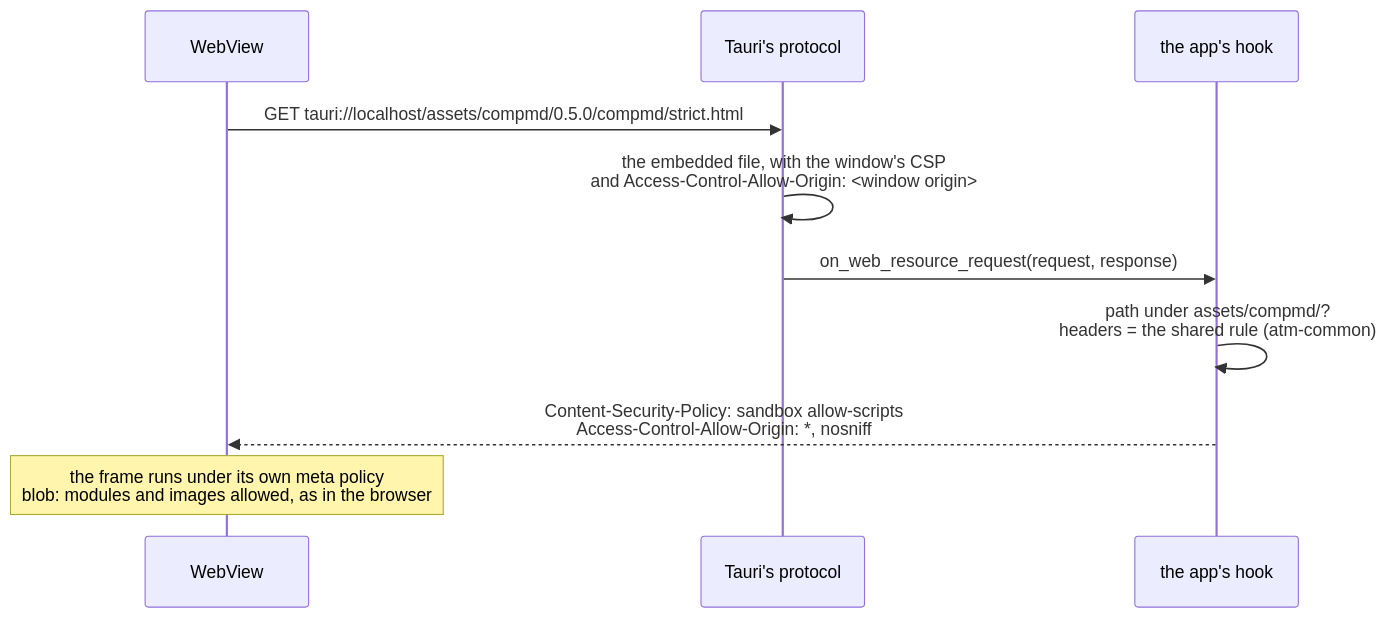
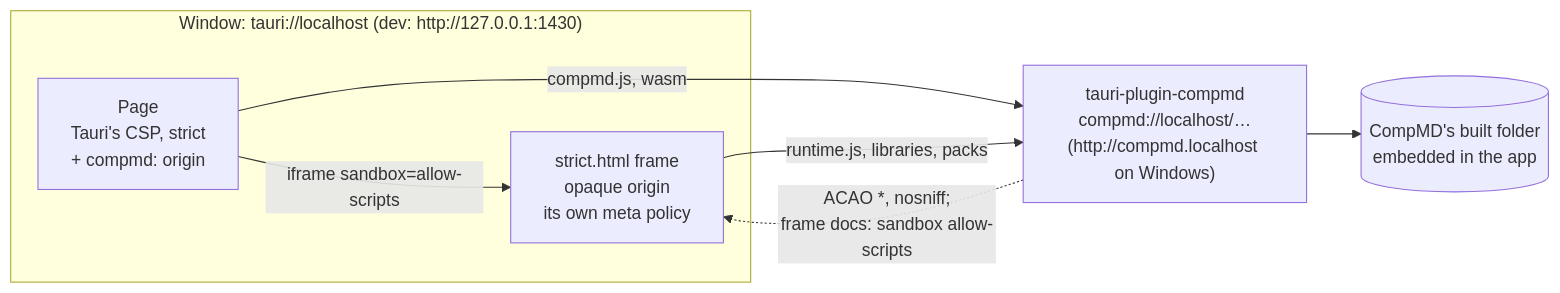
One commit to solo-swe/agentic-task-manager changed the third of 4 diagrams in docs/tauri-compmd-design.md. Above: the diagram before and after it, drawn with Mermaid. The commit also changed other lines of this file and 1 other file, not shown here.

Commit message:
docs(T-503): CompMD in a Tauri app: CompMD's own protocol from a plugin; add T-504, the app icon

````diff
--- a/docs/tauri-compmd-design.md
+++ b/docs/tauri-compmd-design.md
@@ -132,12 +170,14 @@
 ```mermaid
-sequenceDiagram
-    participant WebView
-    participant Tauri as Tauri's protocol
-    participant Hook as the app's hook
-    WebView->>Tauri: GET tauri://localhost/assets/compmd/0.5.0/compmd/strict.html
-    Tauri->>Tauri: the embedded file, with the window's CSP<br/>and Access-Control-Allow-Origin: <window origin>
-    Tauri->>Hook: on_web_resource_request(request, response)
-    Hook->>Hook: path under assets/compmd/?<br/>headers = the shared rule (atm-common)
-    Hook-->>WebView: Content-Security-Policy: sandbox allow-scripts<br/>Access-Control-Allow-Origin: *, nosniff
-    Note over WebView: the frame runs under its own meta policy<br/>blob: modules and images allowed, as in the browser
+flowchart LR
+    subgraph Window["Window: tauri://localhost (dev: http://127.0.0.1:1430)"]
+        Page["Page<br/>Tauri's CSP, strict<br/>+ compmd: origin"]
+        Frame["strict.html frame<br/>opaque origin<br/>its own meta policy"]
+        Page -- "iframe sandbox=allow-scripts" --> Frame
+    end
+    Plugin["tauri-plugin-compmd<br/>compmd://localhost/…<br/>(http://compmd.localhost on Windows)"]
+    Files[("CompMD's built folder<br/>embedded in the app")]
+    Page -- "compmd.js, wasm" --> Plugin
+    Frame -- "runtime.js, libraries, packs" --> Plugin
+    Plugin --> Files
+    Plugin -. "ACAO *, nosniff;<br/>frame docs: sandbox allow-scripts" .-> Frame
 ```
````
